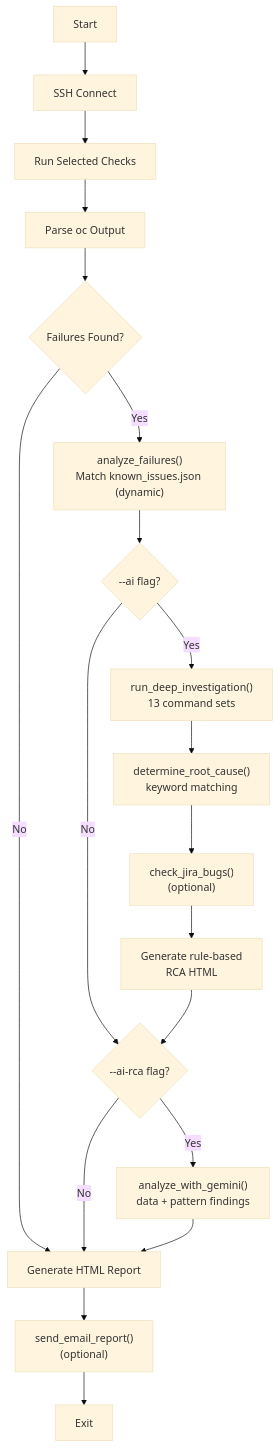
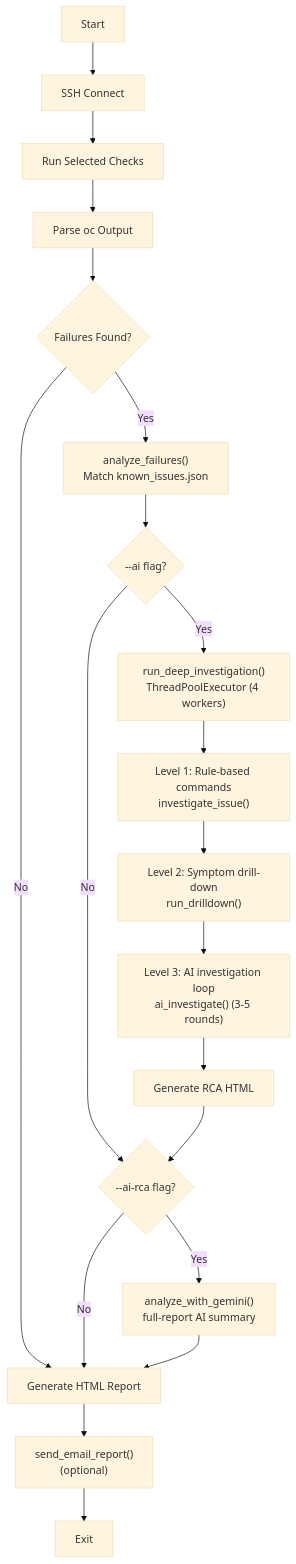
The fourth of 9 diagrams in docs/ARCHITECTURE.md (m0rdechai/ocp-health-crew), drawn with Mermaid (base theme) before and after one commit. The commit also changed other lines of this file and 11 other files, not shown here.

First line of the commit message:
Upgrade AI investigation to Gemini Pro, deepen disk RCA with SSH drilldowns, update docs

````diff
--- a/docs/ARCHITECTURE.md
+++ b/docs/ARCHITECTURE.md
@@ -164,21 +168,22 @@
 ```mermaid
 graph TD
     Start[Start] --> Connect[SSH Connect]
     Connect --> RunChecks[Run Selected Checks]
     RunChecks --> Parse[Parse oc Output]
     Parse --> Classify{Failures Found?}
     Classify -->|No| Report[Generate HTML Report]
-    Classify -->|Yes| MatchIssues["analyze_failures()<br>Match known_issues.json (dynamic)"]
+    Classify -->|Yes| MatchIssues["analyze_failures()<br>Match known_issues.json"]
     MatchIssues --> DeepInvest{"--ai flag?"}
-    DeepInvest -->|Yes| Investigate["run_deep_investigation()<br>13 command sets"]
+    DeepInvest -->|Yes| ParallelInvest["run_deep_investigation()<br>ThreadPoolExecutor (4 workers)"]
     DeepInvest -->|No| AiRCA
-    Investigate --> RootCause["determine_root_cause()<br>keyword matching"]
-    RootCause --> JiraBugs["check_jira_bugs()<br>(optional)"]
-    JiraBugs --> RuleHTML["Generate rule-based<br>RCA HTML"]
+    ParallelInvest --> L1["Level 1: Rule-based commands<br>investigate_issue()"]
+    L1 --> L2["Level 2: Symptom drill-down<br>run_drilldown()"]
+    L2 --> L3["Level 3: AI investigation loop<br>ai_investigate() (3-5 rounds)"]
+    L3 --> RuleHTML["Generate RCA HTML"]
     RuleHTML --> AiRCA{"--ai-rca flag?"}
     AiRCA -->|No| Report
-    AiRCA -->|Yes| GeminiCall["analyze_with_gemini()<br>data + pattern findings"]
+    AiRCA -->|Yes| GeminiCall["analyze_with_gemini()<br>full-report AI summary"]
     GeminiCall --> Report
     Report --> Email["send_email_report()<br>(optional)"]
     Email --> Done[Exit]
 ```
````
